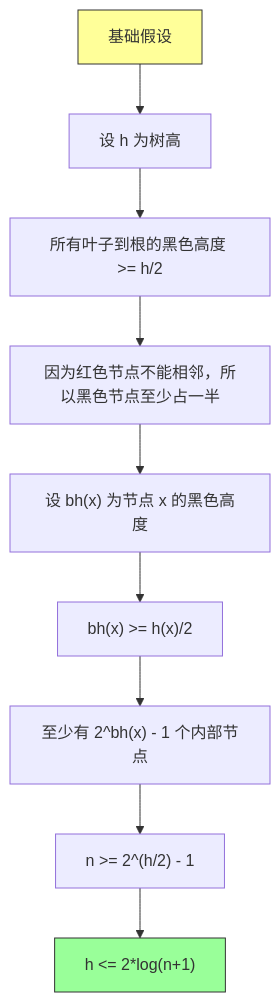
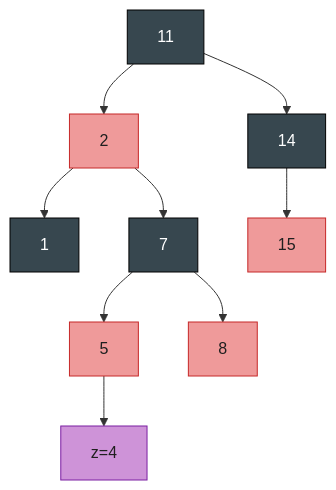
The third of 13 diagrams in IntroductionToAlgorithms/Chapter13_红黑树_深度版.md (socoo123/book_reading), drawn with Mermaid before and after one commit. The commit also changed other lines of this file and 30 other files, not shown here.

````diff
--- a/IntroductionToAlgorithms/Chapter13_红黑树_深度版.md
+++ b/IntroductionToAlgorithms/Chapter13_红黑树_深度版.md
@@ -177,14 +178,17 @@
 ```mermaid
-flowchart TD
-    A["基础假设"] --> B["设 h 为树高"]
-    B --> C["所有叶子到根的黑色高度 >= h/2"]
-    C --> D["因为红色节点不能相邻，所以黑色节点至少占一半"]
-    D --> E["设 bh(x) 为节点 x 的黑色高度"]
-    E --> F["bh(x) >= h(x)/2"]
-    F --> G["至少有 2^bh(x) - 1 个内部节点"]
-    G --> H["n >= 2^(h/2) - 1"]
-    H --> I["h <= 2*log(n+1)"]
-
-    style A fill:#ffff99,stroke:#333
-    style I fill:#99ff99,stroke:#333
+graph TD
+    n11["11"] --> n2["2"]
+    n11 --> n14["14"]
+    n2 --> n1["1"]
+    n2 --> n7["7"]
+    n14 --> n15["15"]
+    n7 --> n5["5"]
+    n7 --> n8["8"]
+    n5 --> n4["z=4"]
+    classDef rbB fill:#37474F,stroke:#000,color:#fff
+    classDef rbR fill:#EF9A9A,stroke:#C62828,color:#1f1f1f
+    classDef zz fill:#CE93D8,stroke:#7B1FA2,color:#1f1f1f
+    class n11,n14,n1,n7 rbB
+    class n2,n5,n8,n15 rbR
+    class n4 zz
 ```
````
